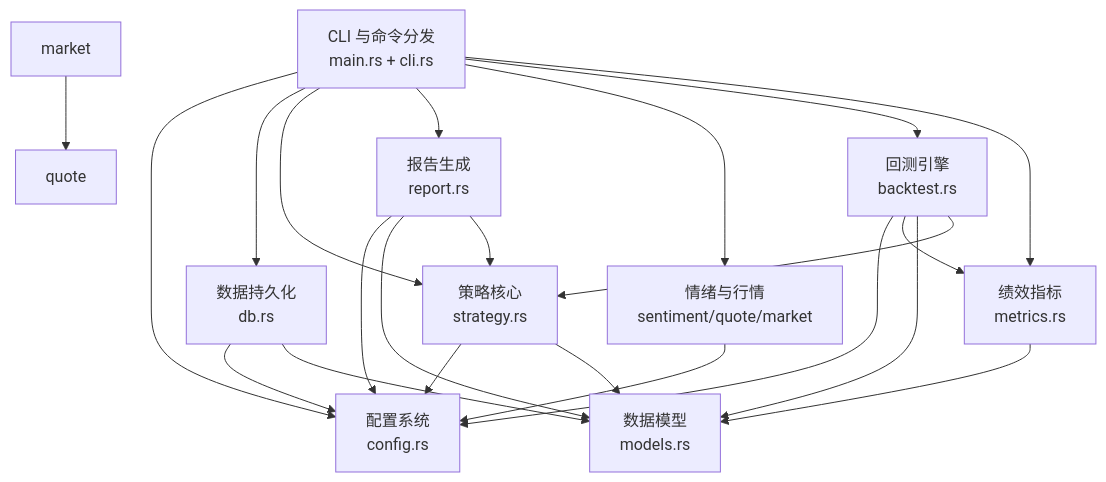
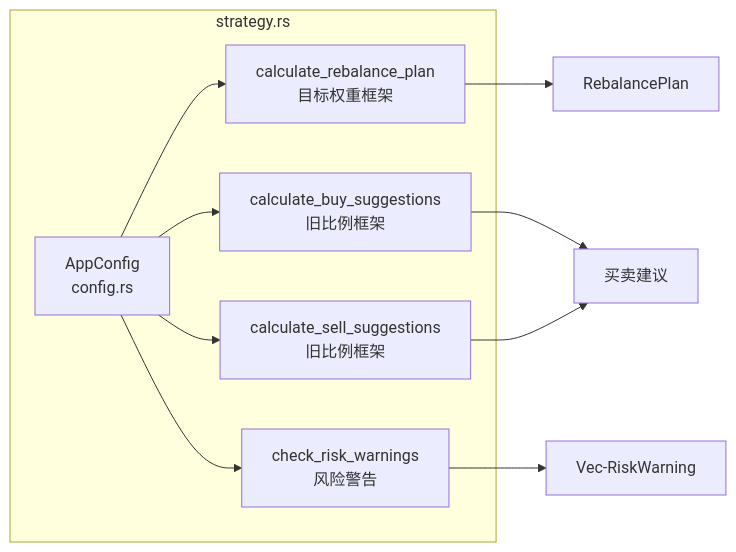
One commit to sopaco/money-never-sleep changed the third of 6 diagrams in .terrain/human/2.架构.md. Above: the diagram before and after it, drawn with Mermaid. The commit also changed other lines of this file and 59 other files, not shown here.

````diff
--- a/.terrain/human/2.架构.md
+++ b/.terrain/human/2.架构.md
@@ -62,34 +129,14 @@
 ```mermaid
-graph TD
-    Main["CLI 与命令分发<br/>main.rs + cli.rs"]
-    Strat["策略核心<br/>strategy.rs"]
-    Report["报告生成<br/>report.rs"]
-    Backtest["回测引擎<br/>backtest.rs"]
-    Sentiment["情绪与行情<br/>sentiment/quote/market"]
-    DB["数据持久化<br/>db.rs"]
-    Metrics["绩效指标<br/>metrics.rs"]
-    Config["配置系统<br/>config.rs"]
-    Models["数据模型<br/>models.rs"]
-
-    Main --> Config
-    Main --> DB
-    Main --> Strat
-    Main --> Report
-    Main --> Sentiment
-    Main --> Backtest
-    Main --> Metrics
-    Strat --> Config
-    Strat --> Models
-    Report --> Config
-    Report --> Models
-    Report --> Strat
-    Backtest --> Config
-    Backtest --> Metrics
-    Backtest --> Models
-    Backtest --> Strat
-    Sentiment --> Config
-    DB --> Config
-    DB --> Models
-    Metrics --> Models
-    market --> quote
+graph LR
+    subgraph strategy["strategy.rs"]
+        C["AppConfig<br/>config.rs"]
+        C --> RP["calculate_rebalance_plan<br/>目标权重框架"]
+        C --> BUY["calculate_buy_suggestions<br/>旧比例框架"]
+        C --> SELL["calculate_sell_suggestions<br/>旧比例框架"]
+        C --> RISK["check_risk_warnings<br/>风险警告"]
+    end
+    RP --> PLAN["RebalancePlan"]
+    RISK --> WARN["Vec-RiskWarning"]
+    BUY --> SUG["买卖建议"]
+    SELL --> SUG
 ```
````
